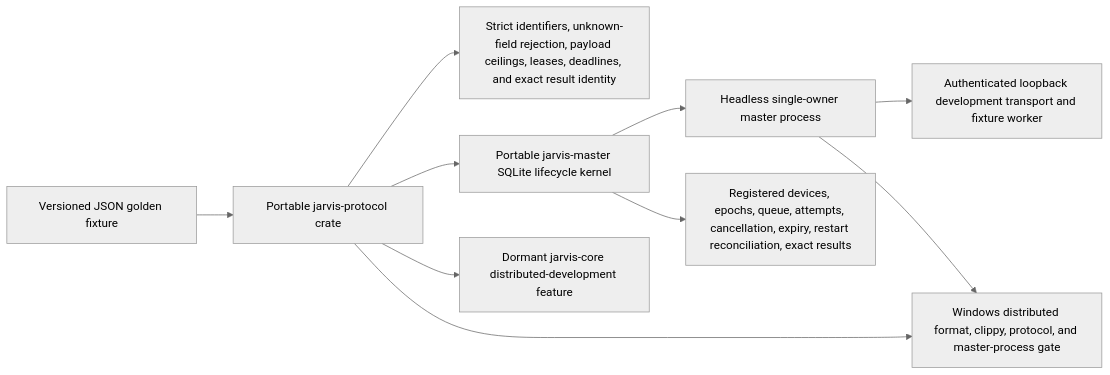
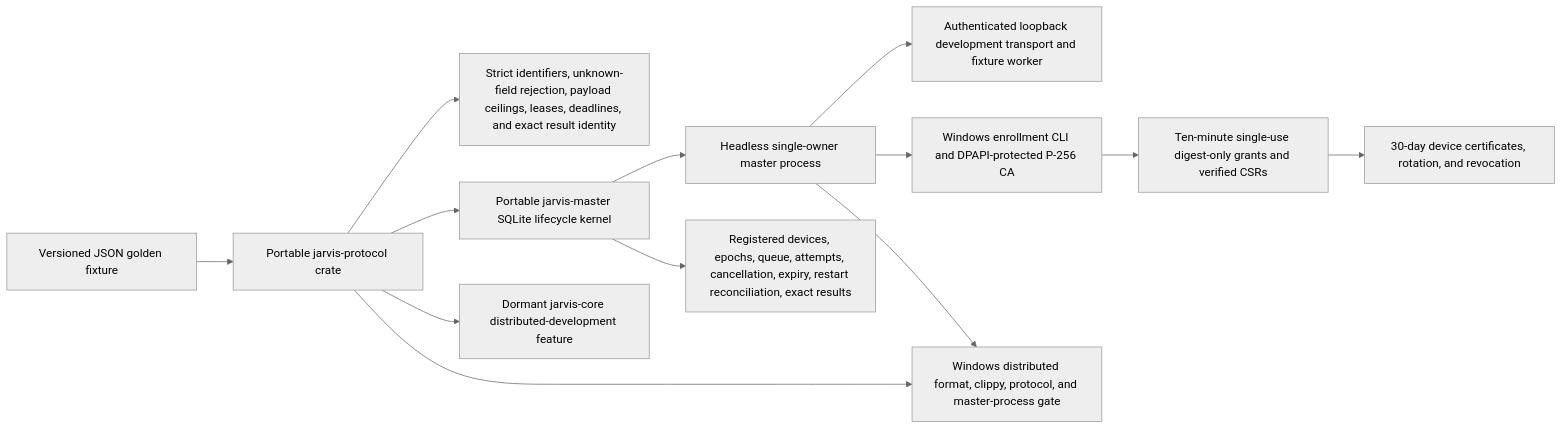
Before and after one commit to malak333/Assemblywright: the first of 18 diagrams in docs/architecture-map.md, drawn with Mermaid (neutral theme). The commit also changed other lines of this file and 14 other files, not shown here.

Commit message:
Add Windows enrollment identity foundation

````diff
--- a/docs/architecture-map.md
+++ b/docs/architecture-map.md
@@ -7,12 +7,15 @@
 ```mermaid
 flowchart LR
   Fixture["Versioned JSON golden fixture"] --> Protocol["Portable jarvis-protocol crate"]
   Protocol --> Bounds["Strict identifiers, unknown-field rejection, payload ceilings, leases, deadlines, and exact result identity"]
   Protocol --> Master["Portable jarvis-master SQLite lifecycle kernel"]
   Master --> Process["Headless single-owner master process"]
   Process --> Local["Authenticated loopback development transport and fixture worker"]
+  Process --> Identity["Windows enrollment CLI and DPAPI-protected P-256 CA"]
+  Identity --> Grants["Ten-minute single-use digest-only grants and verified CSRs"]
+  Grants --> Certificates["30-day device certificates, rotation, and revocation"]
   Master --> Durable["Registered devices, epochs, queue, attempts, cancellation, expiry, restart reconciliation, exact results"]
   Protocol --> Feature["Dormant jarvis-core distributed-development feature"]
   Protocol --> Windows["Windows distributed format, clippy, protocol, and master-process gate"]
   Process --> Windows
 ```
````
